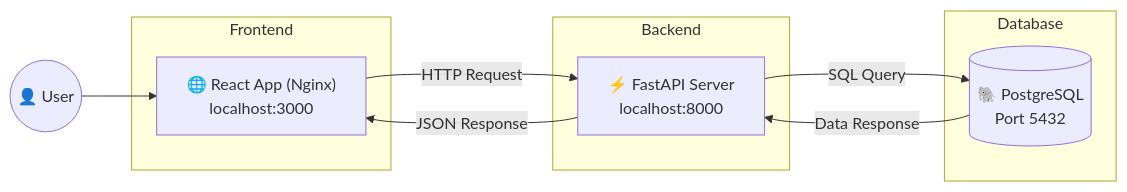
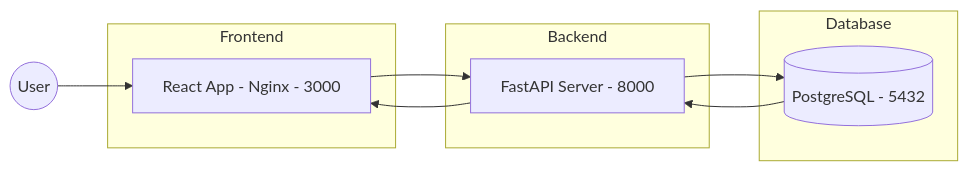
Before and after one commit to aidilsaputrakirsan-classroom/cc-kelompok-a-suksesss: the second of 5 diagrams in README.md, drawn with Mermaid. The commit also changed other lines of this file, not shown here.

````diff
--- a/README.md
+++ b/README.md
@@ -99,22 +99,22 @@
 ```mermaid
 graph LR
-    User((👤 User))
+    User((User))
     
     subgraph Frontend
-        FE["🌐 React App (Nginx)<br/>localhost:3000"]
+        FE[React App - Nginx - 3000]
     end
     
     subgraph Backend
-        BE["⚡ FastAPI Server<br/>localhost:8000"]
+        BE[FastAPI Server - 8000]
     end
     
     subgraph Database
-        DB[("🐘 PostgreSQL<br/>Port 5432")]
+        DB[(PostgreSQL - 5432)]
     end
 
     User --> FE
-    FE -->|HTTP Request| BE
-    BE -->|SQL Query| DB
-    DB -->|Data Response| BE
-    BE -->|JSON Response| FE
+    FE --> BE
+    BE --> DB
+    DB --> BE
+    BE --> FE
 ```
````
